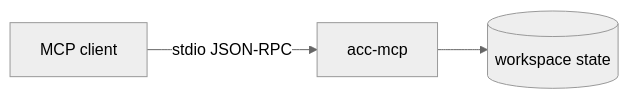
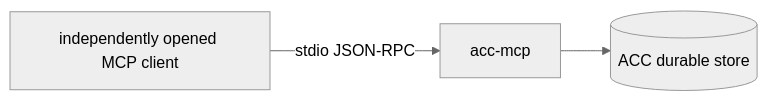
One commit to automatis-tools/agents-can-communicate changed the diagram in docs/MCP.md. Above: the diagram before and after it, drawn with Mermaid (neutral theme). The commit also changed other lines of this file and 21 other files, not shown here.

````diff
--- a/docs/MCP.md
+++ b/docs/MCP.md
@@ -39,5 +8,5 @@
 ```mermaid
 graph LR
-  C["MCP client"] -->|"stdio JSON-RPC"| S["acc-mcp"]
-  S --> W[("workspace state")]
+  C["independently opened MCP client"] -->|"stdio JSON-RPC"| M["acc-mcp"]
+  M --> S[("ACC durable store")]
 ```
````
